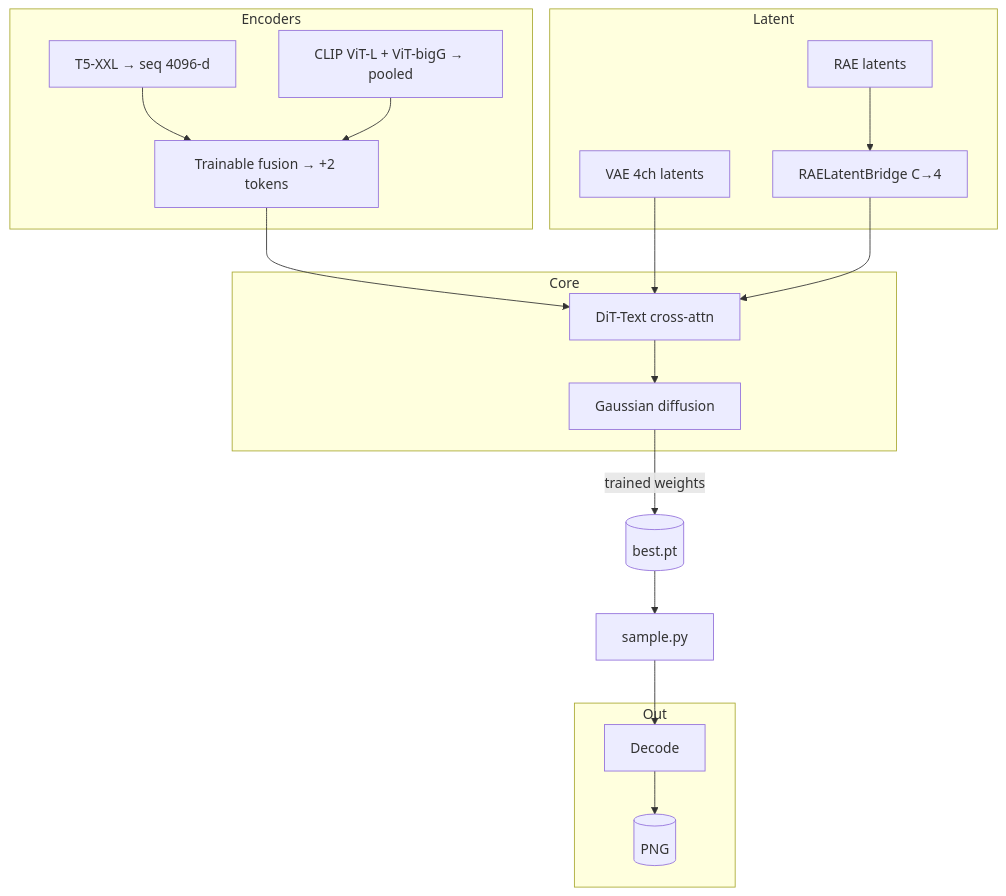
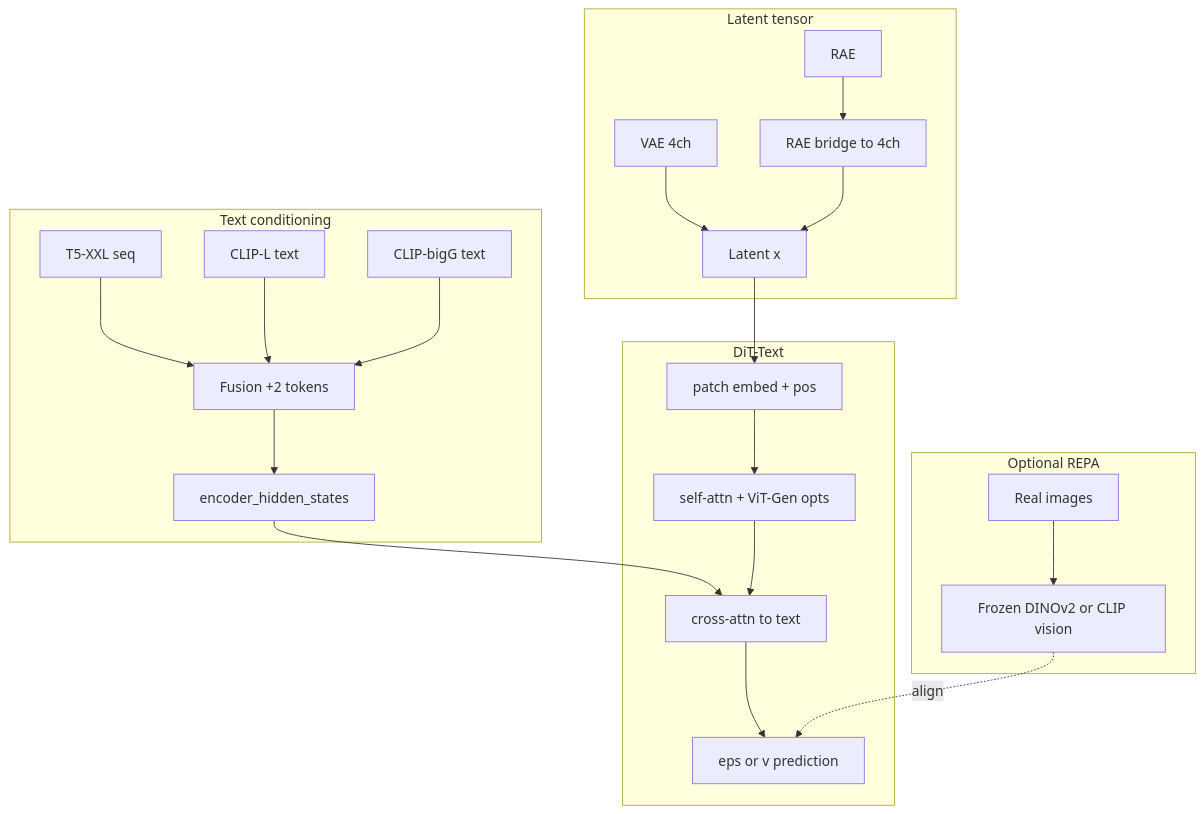
Before and after one commit to Llunarstack/sdx: the second of 3 diagrams in README.md, drawn with Mermaid. The commit also changed other lines of this file and 2 other files, not shown here.

Commit message:
docs: expand README pipeline (repo map, model stack, scaffolds); fix clone_repos path; cross-link MODEL_STACK

````diff
--- a/README.md
+++ b/README.md
@@ -72,32 +154,39 @@
 ```mermaid
 flowchart TB
-  subgraph Encoders
-    T5[T5-XXL → seq 4096-d]
-    CLIP2[CLIP ViT-L + ViT-bigG → pooled]
-    FUSE[Trainable fusion → +2 tokens]
-    T5 --> FUSE
-    CLIP2 --> FUSE
+  subgraph TextCond["Text conditioning"]
+    T5[T5-XXL seq]
+    C1[CLIP-L text]
+    C2[CLIP-bigG text]
+    FU[Fusion +2 tokens]
+    T5 --> FU
+    C1 --> FU
+    C2 --> FU
+    FU --> TXT[encoder_hidden_states]
   end
-  subgraph Latent
-    VAE[VAE 4ch latents]
-    RAE[RAE latents]
-    BR[RAELatentBridge C→4]
-    RAE --> BR
+
+  subgraph LatentIn["Latent tensor"]
+    VAE[VAE 4ch]
+    RAE2[RAE]
+    BR[RAE bridge to 4ch]
+    RAE2 --> BR
+    VAE --> LAT[Latent x]
+    BR --> LAT
   end
-  subgraph Core
-    DiT[DiT-Text cross-attn]
-    DIFF[Gaussian diffusion]
-    DiT --> DIFF
+
+  subgraph DiTCore["DiT-Text"]
+    LAT --> PE[patch embed + pos]
+    SA[self-attn + ViT-Gen opts]
+    CA[cross-attn to text]
+    PE --> SA
+    TXT --> CA
+    SA --> CA
+    CA --> OUT[eps or v prediction]
   end
-  subgraph Out
-    DEC[Decode]
-    PNG[(PNG)]
+
+  subgraph Aux["Optional REPA"]
+    IMG[Real images]
+    VIS[Frozen DINOv2 or CLIP vision]
+    IMG --> VIS
+    VIS -.->|align| OUT
   end
-  FUSE --> DiT
-  VAE --> DiT
-  BR --> DiT
-  DIFF -->|trained weights| CKPT[(best.pt)]
-  CKPT --> SAM[sample.py]
-  SAM --> DEC
-  DEC --> PNG
 ```
````
